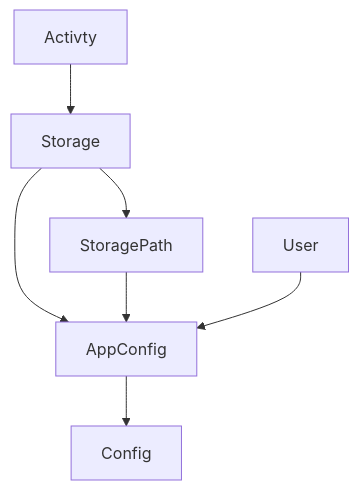
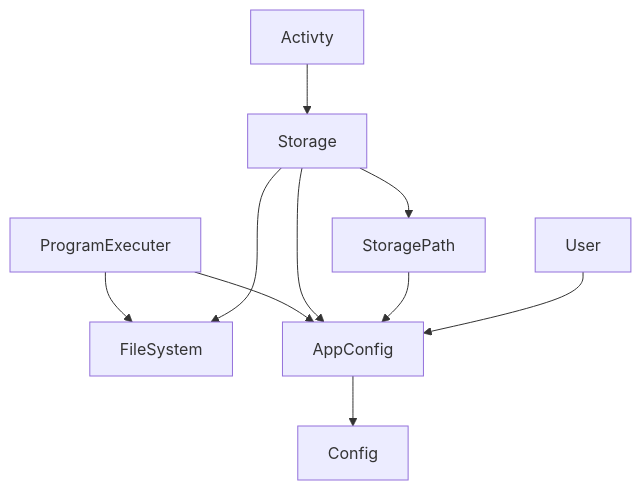
Before and after one commit to luetek/starter-web-app: the diagram in apps/nest-app/ARCH.md, drawn with Mermaid. The commit also changed other lines of this file and 8 other files, not shown here.

````diff
--- a/apps/nest-app/ARCH.md
+++ b/apps/nest-app/ARCH.md
@@ -9,9 +9,12 @@
 ```mermaid
   graph TD;
+  ProgramExecuter --> FileSystem
+  ProgramExecuter --> AppConfig
   Activty --> Storage
+  Storage --> FileSystem
   Storage --> StoragePath;
   Storage --> AppConfig;
   StoragePath --> AppConfig;
   User--> AppConfig;
   AppConfig --> Config
 ```
````
